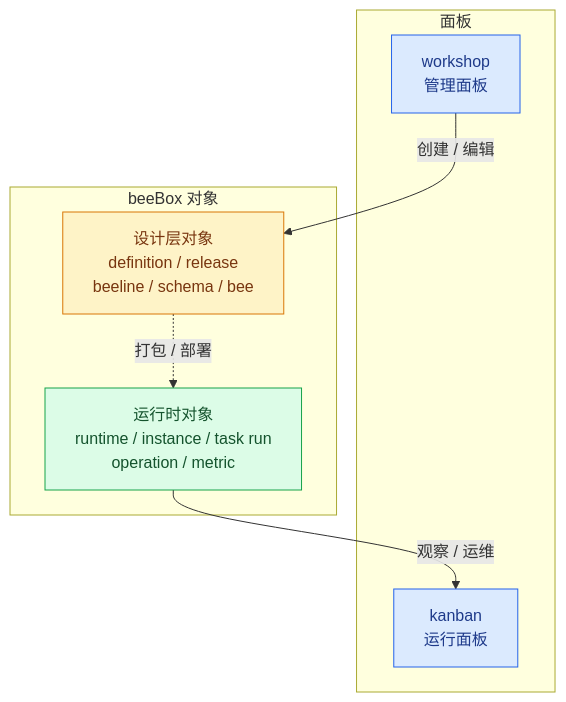
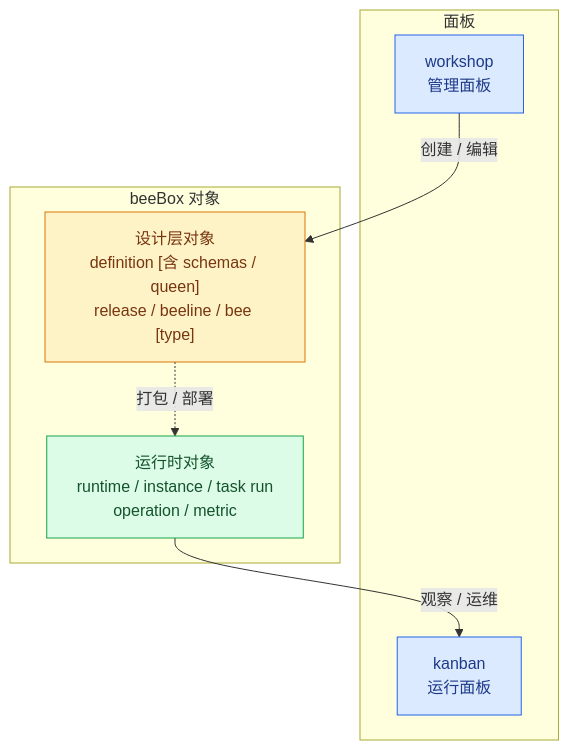
Before and after one commit to chehuizi/beeOS: the fourth of 4 diagrams in docs/beebox-design.md, drawn with Mermaid.

Commit message:
docs: 整本连贯性审计 - 修复 §4.3 mermaid do 节点表述
审计发现：
- § 编号引用：18 处全部对得上
- mermaid 块：5 块全过
- 文件相互引用：4 个文件全部存在
- 旧定义残留（持续交付/数字精益/精益 cell/executes）：无
- runtime_environment / runtime_deployment 残留：无
- queen / schema 独立对象表述：无

唯一修复：
§4.3 mermaid 设计层对象节点 'design' 把 schema 跟 definition 平级列出，
跟 §1.4 schema 跟着 definition 走的语义冲突。改为：
'definition [含 schemas / queen] / release / beeline / bee [type]'

（[] 是为了 GitHub mermaid 兼容，避免中文括号触发渲染异常）

````diff
--- a/docs/beebox-design.md
+++ b/docs/beebox-design.md
@@ -589,24 +589,24 @@
 ```mermaid
 flowchart TB
   subgraph panel["面板"]
     ws["workshop\n管理面板"]
     kn["kanban\n运行面板"]
   end
 
   subgraph obj["beeBox 对象"]
-    do["设计层对象\ndefinition / release\nbeeline / schema / bee"]
+    do["设计层对象\ndefinition [含 schemas / queen]\nrelease / beeline / bee [type]"]
     ro["运行时对象\nruntime / instance / task run\noperation / metric"]
   end
 
   ws -->|"创建 / 编辑"| do
   do -.->|"打包 / 部署"| ro
   ro -->|"观察 / 运维"| kn
 
   classDef panelNode fill:#dbeafe,stroke:#2563eb,color:#1e3a8a
   classDef designNode fill:#fef3c7,stroke:#d97706,color:#78350f
   classDef runtimeNode fill:#dcfce7,stroke:#16a34a,color:#14532d
 
   class ws,kn panelNode
   class do designNode
   class ro runtimeNode
 ```
````
